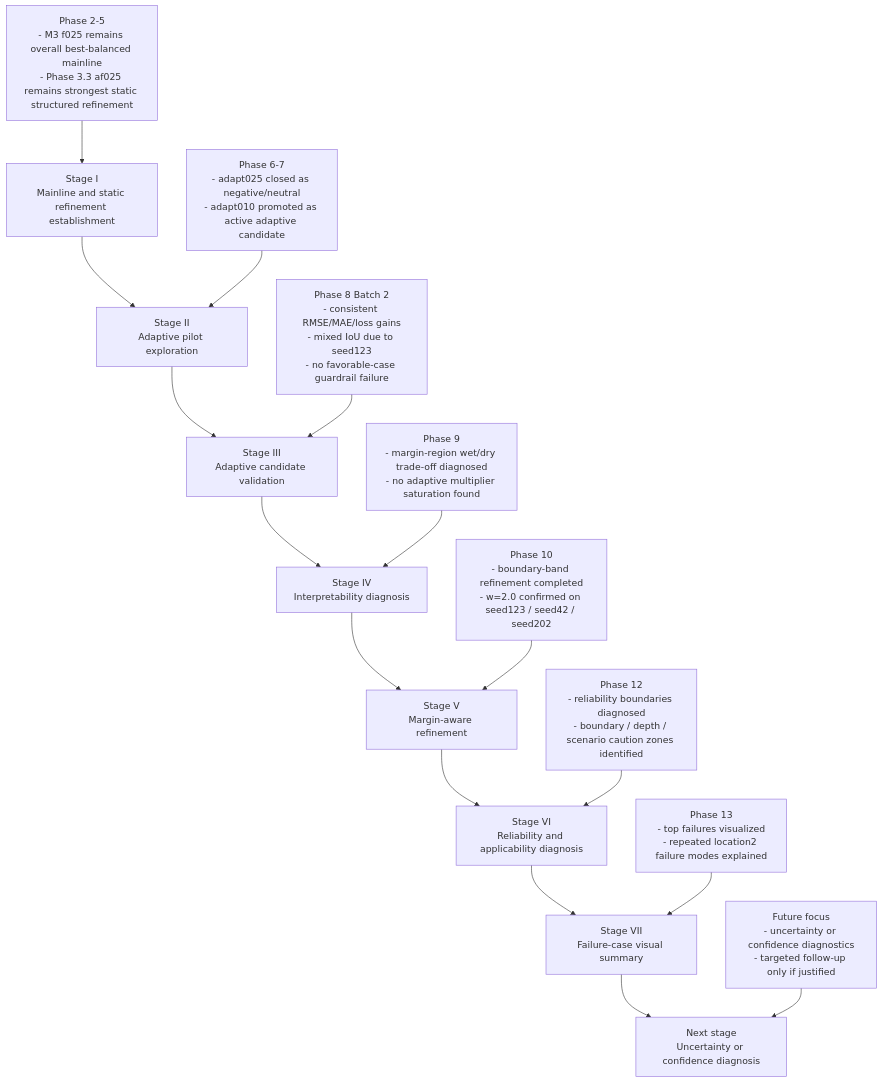
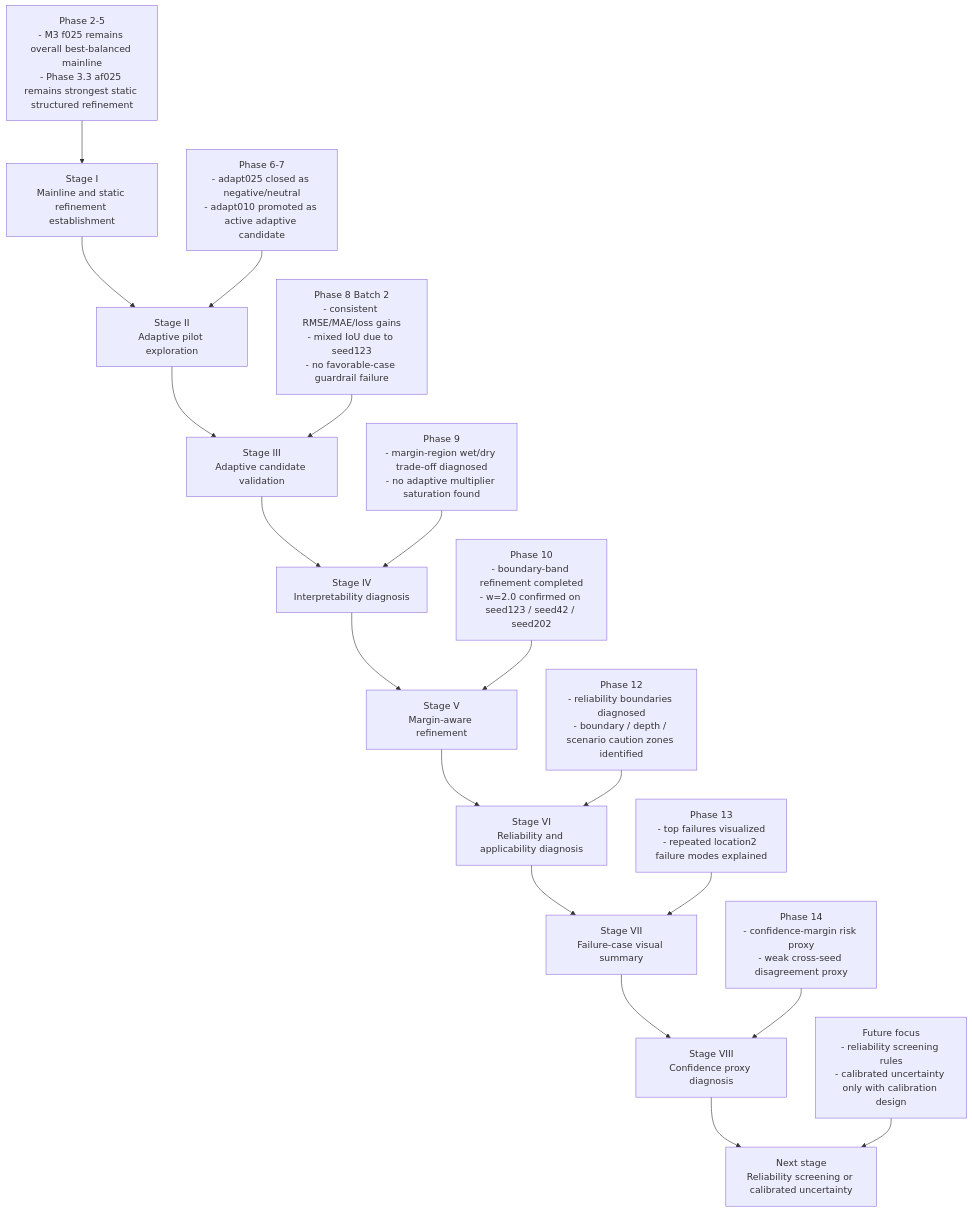
One commit to HolyLin990604/physics-guided-urban-flood-prediction changed the third of 3 diagrams in README.md. Above: the diagram before and after it, drawn with Mermaid. The commit also changed other lines of this file and 2 other files, not shown here.

Commit message:
docs: sync phase14 confidence status

````diff
--- a/README.md
+++ b/README.md
@@ -209,19 +231,21 @@
 ```mermaid
 flowchart TD
     A[Stage I<br/>Mainline and static refinement establishment] --> B[Stage II<br/>Adaptive pilot exploration]
     B --> C[Stage III<br/>Adaptive candidate validation]
     C --> D[Stage IV<br/>Interpretability diagnosis]
     D --> E[Stage V<br/>Margin-aware refinement]
     E --> F[Stage VI<br/>Reliability and applicability diagnosis]
     F --> G[Stage VII<br/>Failure-case visual summary]
-    G --> H[Next stage<br/>Uncertainty or confidence diagnosis]
+    G --> H[Stage VIII<br/>Confidence proxy diagnosis]
+    H --> I[Next stage<br/>Reliability screening or calibrated uncertainty]
 
     A1[Phase 2-5<br/>- M3 f025 remains overall best-balanced mainline<br/>- Phase 3.3 af025 remains strongest static structured refinement] --> A
     B1[Phase 6-7<br/>- adapt025 closed as negative/neutral<br/>- adapt010 promoted as active adaptive candidate] --> B
     C1[Phase 8 Batch 2<br/>- consistent RMSE/MAE/loss gains<br/>- mixed IoU due to seed123<br/>- no favorable-case guardrail failure] --> C
     D1[Phase 9<br/>- margin-region wet/dry trade-off diagnosed<br/>- no adaptive multiplier saturation found] --> D
     E1[Phase 10<br/>- boundary-band refinement completed<br/>- w=2.0 confirmed on seed123 / seed42 / seed202] --> E
     F1[Phase 12<br/>- reliability boundaries diagnosed<br/>- boundary / depth / scenario caution zones identified] --> F
     G1[Phase 13<br/>- top failures visualized<br/>- repeated location2 failure modes explained] --> G
-    H1[Future focus<br/>- uncertainty or confidence diagnostics<br/>- targeted follow-up only if justified] --> H
+    H1[Phase 14<br/>- confidence-margin risk proxy<br/>- weak cross-seed disagreement proxy] --> H
+    I1[Future focus<br/>- reliability screening rules<br/>- calibrated uncertainty only with calibration design] --> I
 ```
````
